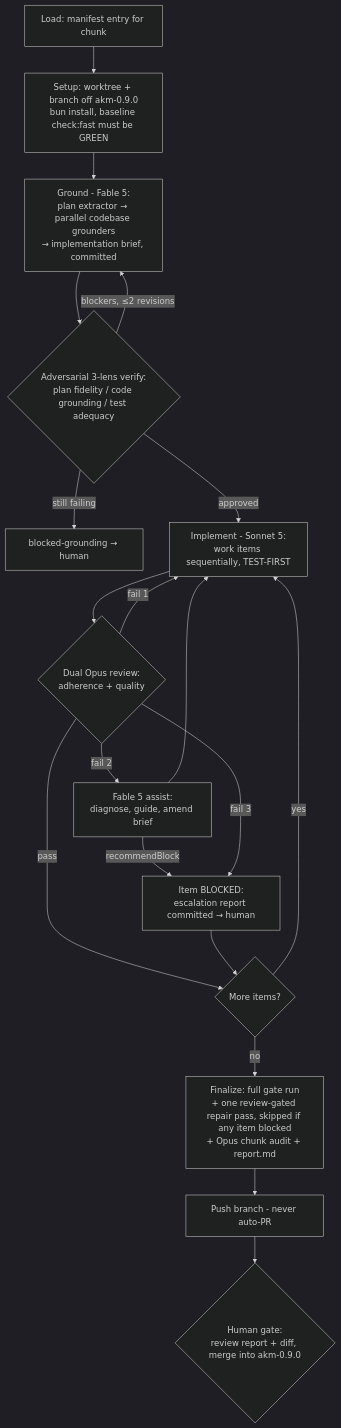
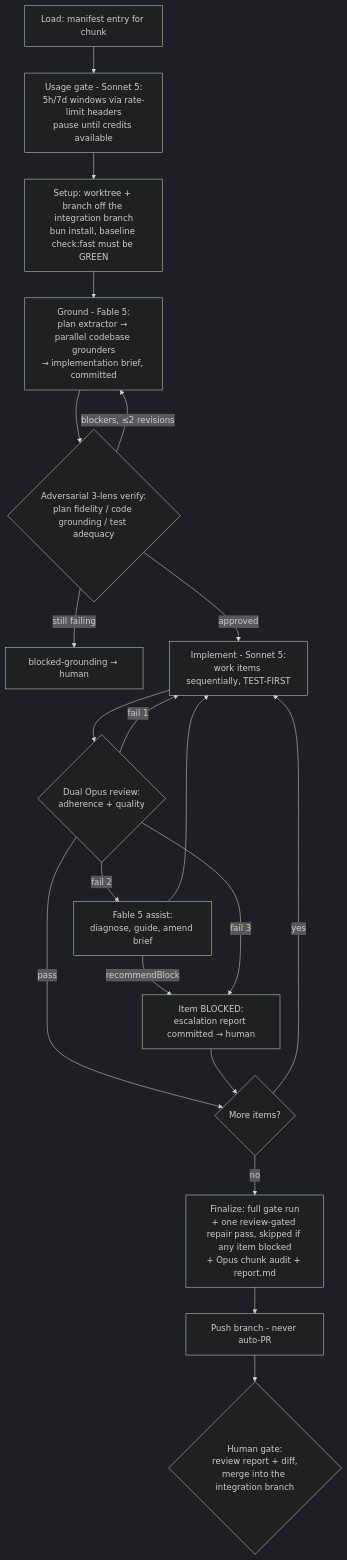
Before and after one commit to itlackey/akm: the diagram in docs/design/akm-0.9.0-execution-workflow.md, drawn with Mermaid (dark theme). The commit also changed other lines of this file and 2 other files, not shown here.

````diff
--- a/docs/design/akm-0.9.0-execution-workflow.md
+++ b/docs/design/akm-0.9.0-execution-workflow.md
@@ -31,21 +32,22 @@
 ```mermaid
 flowchart TD
-    A[Load: manifest entry for chunk] --> B[Setup: worktree + branch off akm-0.9.0<br/>bun install, baseline check:fast must be GREEN]
+    A[Load: manifest entry for chunk] --> U[Usage gate - Sonnet 5:<br/>5h/7d windows via rate-limit headers<br/>pause until credits available]
+    U --> B[Setup: worktree + branch off the integration branch<br/>bun install, baseline check:fast must be GREEN]
     B --> C[Ground - Fable 5:<br/>plan extractor → parallel codebase grounders<br/>→ implementation brief, committed]
     C --> D{Adversarial 3-lens verify:<br/>plan fidelity / code grounding / test adequacy}
     D -- blockers, ≤2 revisions --> C
     D -- still failing --> H1[blocked-grounding → human]
     D -- approved --> E[Implement - Sonnet 5:<br/>work items sequentially, TEST-FIRST]
     E --> F{Dual Opus review:<br/>adherence + quality}
     F -- pass --> G{More items?}
     F -- fail 1 --> E
     F -- fail 2 --> X[Fable 5 assist:<br/>diagnose, guide, amend brief]
     X --> E
     X -- recommendBlock --> H2
     F -- fail 3 --> H2[Item BLOCKED:<br/>escalation report committed → human]
     H2 --> G
     G -- yes --> E
     G -- no --> I[Finalize: full gate run<br/>+ one review-gated repair pass, skipped if any item blocked<br/>+ Opus chunk audit + report.md]
     I --> J[Push branch - never auto-PR]
-    J --> K{Human gate:<br/>review report + diff, merge into akm-0.9.0}
+    J --> K{Human gate:<br/>review report + diff,<br/>merge into the integration branch}
 ```
````
